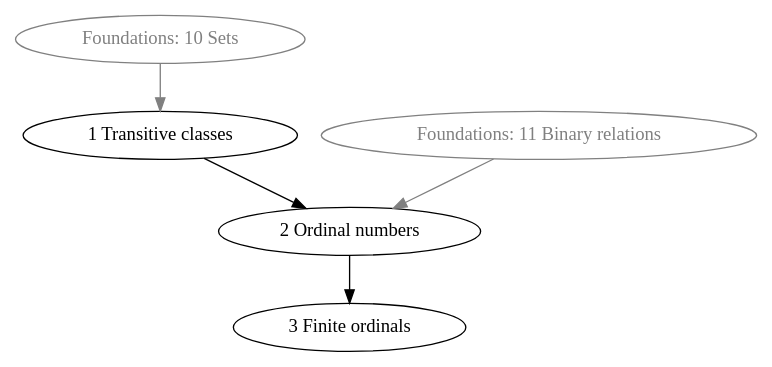
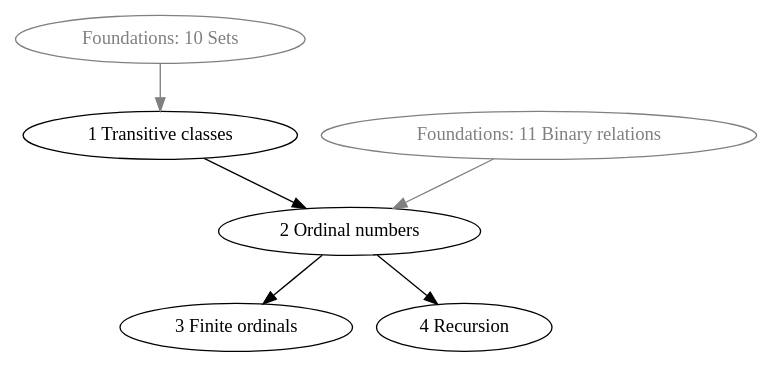
The diagram in examples/set-theory/dependency-graph/graph.dot (naproche/naproche), drawn with Graphviz before and after one commit. The commit also changed 4 other files, not shown here.

Commit message:
Set theory: Add chapter about recursion

```diff
--- a/examples/set-theory/dependency-graph/graph.dot
+++ b/examples/set-theory/dependency-graph/graph.dot
@@ -1,14 +1,16 @@
 digraph Sections {
 
     foundations_10 [label = "Foundations: 10 Sets", color = "gray", fontcolor = "gray"]
     foundations_11 [label = "Foundations: 11 Binary relations", color = "gray", fontcolor = "gray"]
 
     set_theory_01 [label = "1 Transitive classes"]
     set_theory_02 [label = "2 Ordinal numbers"]
     set_theory_03 [label = "3 Finite ordinals"]
+    set_theory_04 [label = "4 Recursion"]
 
     foundations_10  -> set_theory_01    [color = "gray"]
     foundations_11  -> set_theory_02    [color = "gray"]
     set_theory_01   -> set_theory_02
     set_theory_02   -> set_theory_03
+    set_theory_02   -> set_theory_04
 }
```
